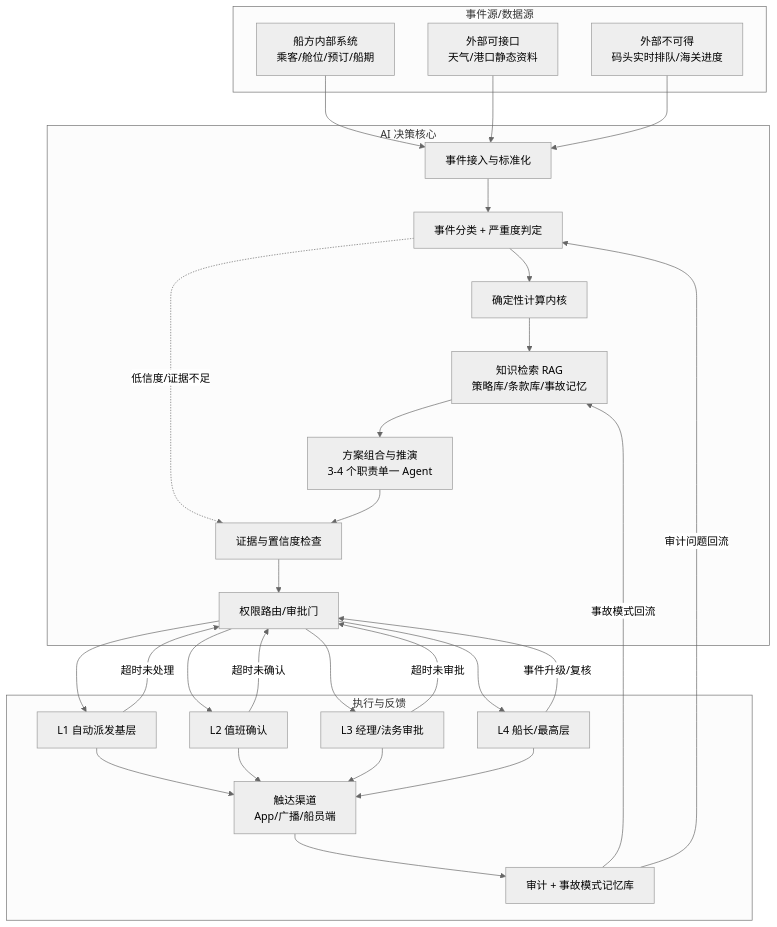
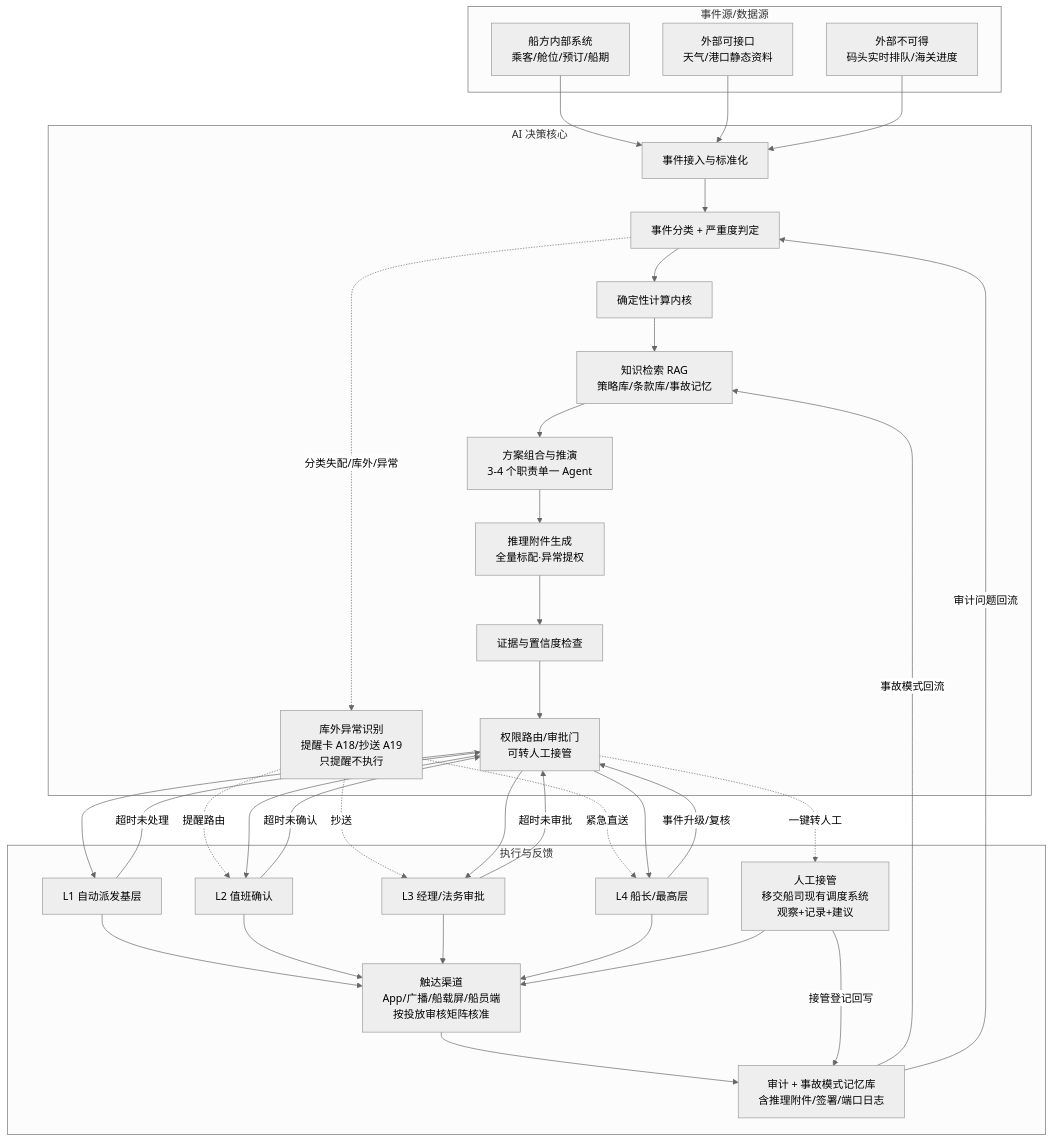
One commit to JIJIguowang1218/cruise-competition-01 changed the diagram in design/b-port-shore-and-itinerary/interface-map-and-ai-components.md. Above: the diagram before and after it, drawn with Mermaid (neutral theme). The commit also changed other lines of this file and 3 other files, not shown here.

````diff
--- a/design/b-port-shore-and-itinerary/interface-map-and-ai-components.md
+++ b/design/b-port-shore-and-itinerary/interface-map-and-ai-components.md
@@ -111,53 +131,63 @@
 ```mermaid
 flowchart TD
     subgraph Sources[事件源/数据源]
         S1[船方内部系统<br/>乘客/舱位/预订/船期]
         S2[外部可接口<br/>天气/港口静态资料]
         S3[外部不可得<br/>码头实时排队/海关进度]
     end
 
     subgraph AI_Core[AI 决策核心]
         A1[事件接入与标准化]
         A2[事件分类 + 严重度判定]
+        A2_5[库外异常识别<br/>提醒卡 A18/抄送 A19<br/>只提醒不执行]
         A3[确定性计算内核]
         A4[知识检索 RAG<br/>策略库/条款库/事故记忆]
         A5[方案组合与推演<br/>3-4 个职责单一 Agent]
+        A5_5[推理附件生成<br/>全量标配·异常提权]
         A6[证据与置信度检查]
-        A7[权限路由/审批门]
+        A7[权限路由/审批门<br/>可转人工接管]
     end
 
     subgraph Execution[执行与反馈]
         E1[L1 自动派发基层]
         E2[L2 值班确认]
         E3[L3 经理/法务审批]
         E4[L4 船长/最高层]
-        T[触达渠道<br/>App/广播/船员端]
-        Audit[审计 + 事故模式记忆库]
+        T[触达渠道<br/>App/广播/船载屏/船员端<br/>按投放审核矩阵核准]
+        Manual[人工接管<br/>移交船司现有调度系统<br/>观察+记录+建议]
+        Audit[审计 + 事故模式记忆库<br/>含推理附件/签署/端口日志]
     end
 
     S1 --> A1
     S2 --> A1
     S3 --> A1
     A1 --> A2
     A2 --> A3
-    A2 -. 低信度/证据不足 .-> A6
+    A2 -. 分类失配/库外/异常 .-> A2_5
+    A2_5 -. 提醒路由 .-> E2
+    A2_5 -. 抄送 .-> E3
+    A2_5 -. 紧急直送 .-> E4
     A3 --> A4
     A4 --> A5
-    A5 --> A6
+    A5 --> A5_5
+    A5_5 --> A6
     A6 --> A7
     A7 --> E1
     A7 --> E2
     A7 --> E3
     A7 --> E4
+    A7 -. 一键转人工 .-> Manual
     E1 --> T
     E2 --> T
     E3 --> T
     E4 --> T
+    Manual --> T
     T --> Audit
     Audit -- 事故模式回流 --> A4
     Audit -- 审计问题回流 --> A2
     E1 -- 超时未处理 --> A7
     E2 -- 超时未确认 --> A7
     E3 -- 超时未审批 --> A7
     E4 -- 事件升级/复核 --> A7
+    Manual -- 接管登记回写 --> Audit
 ```
````
